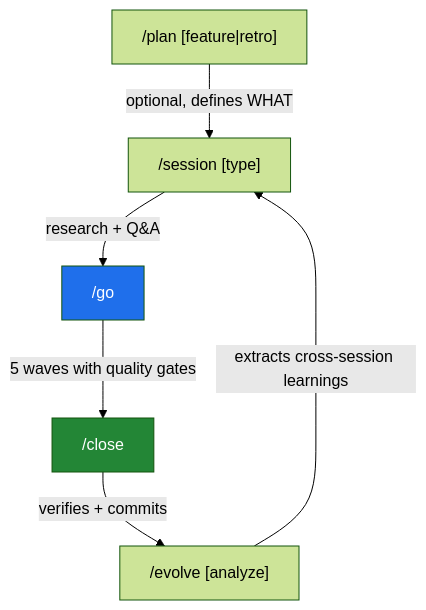
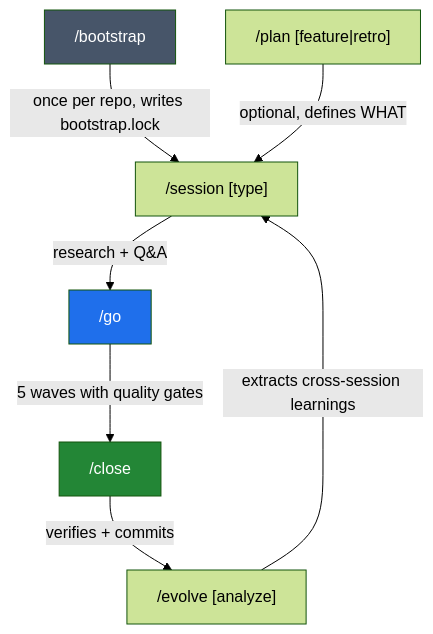
Before and after one commit to Kanevry/session-orchestrator: the first of 2 diagrams in README.md, drawn with Mermaid (forest theme). The commit also changed other lines of this file and 355 other files, not shown here.

````diff
--- a/README.md
+++ b/README.md
@@ -85,10 +116,12 @@
 ```mermaid
 flowchart TD
-    A["/plan [feature|retro]"] -->|optional, defines WHAT| B["/session [type]"]
+    Z["/bootstrap"] -->|once per repo, writes bootstrap.lock| B["/session [type]"]
+    A["/plan [feature|retro]"] -->|optional, defines WHAT| B
     B -->|research + Q&A| C["/go"]
     C -->|5 waves with quality gates| D["/close"]
     D -->|verifies + commits| E["/evolve [analyze]"]
     E -->|extracts cross-session learnings| B
+    style Z fill:#475569,color:#fff
     style C fill:#1f6feb,color:#fff
     style D fill:#238636,color:#fff
 ```
````
